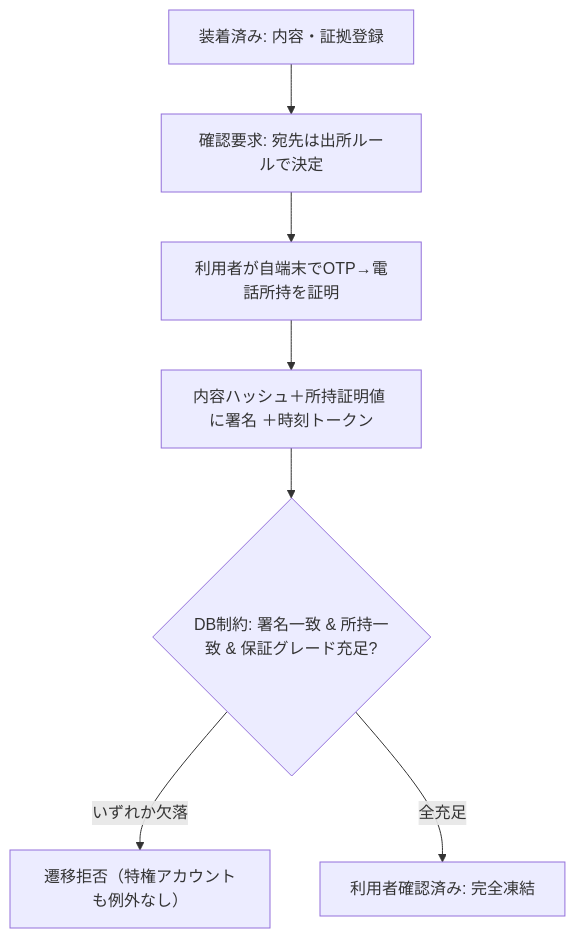
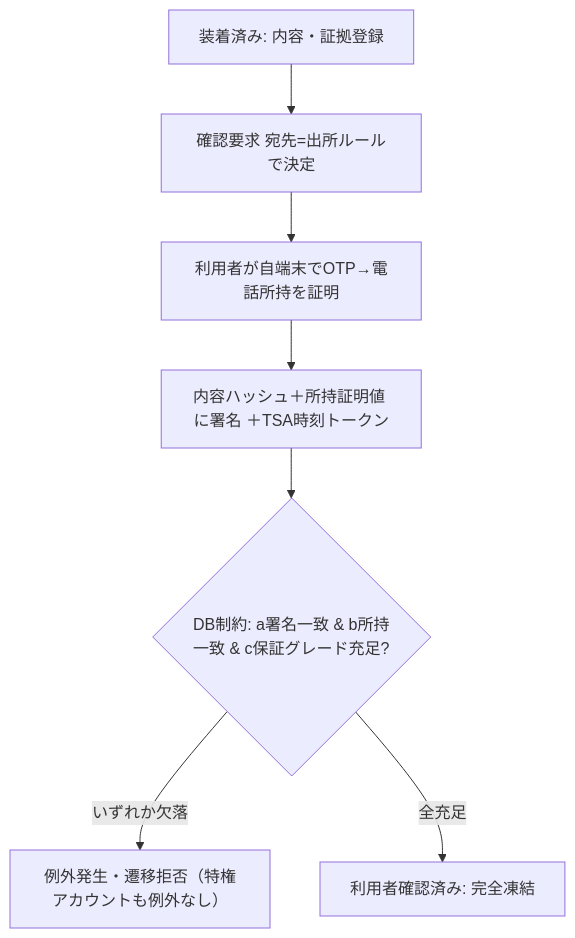
The second of 5 diagrams in docs/patents/drafts/明細書-07-確定ゲート.md (holy-auto/Ledra), drawn with Mermaid before and after one commit. The commit also changed other lines of this file and 3 other files, not shown here.

````diff
--- a/docs/patents/drafts/明細書-07-確定ゲート.md
+++ b/docs/patents/drafts/明細書-07-確定ゲート.md
@@ -145,9 +208,9 @@
 ```mermaid
 flowchart TD
-    INS[装着済み: 内容・証拠登録] --> REQ[確認要求: 宛先は出所ルールで決定]
+    INS[装着済み: 内容・証拠登録] --> REQ[確認要求 宛先=出所ルールで決定]
     REQ --> OTP[利用者が自端末でOTP→電話所持を証明]
-    OTP --> SIG[内容ハッシュ＋所持証明値 に署名 ＋時刻トークン]
-    SIG --> GATE{DB制約: 署名一致 & 所持一致 & 保証グレード充足?}
-    GATE -->|いずれか欠落| REJ[遷移拒否（特権アカウントも例外なし）]
+    OTP --> SIG[内容ハッシュ＋所持証明値 に署名 ＋TSA時刻トークン]
+    SIG --> GATE{DB制約: a署名一致 & b所持一致 & c保証グレード充足?}
+    GATE -->|いずれか欠落| REJ[例外発生・遷移拒否（特権アカウントも例外なし）]
     GATE -->|全充足| CV[利用者確認済み: 完全凍結]
 ```
````
